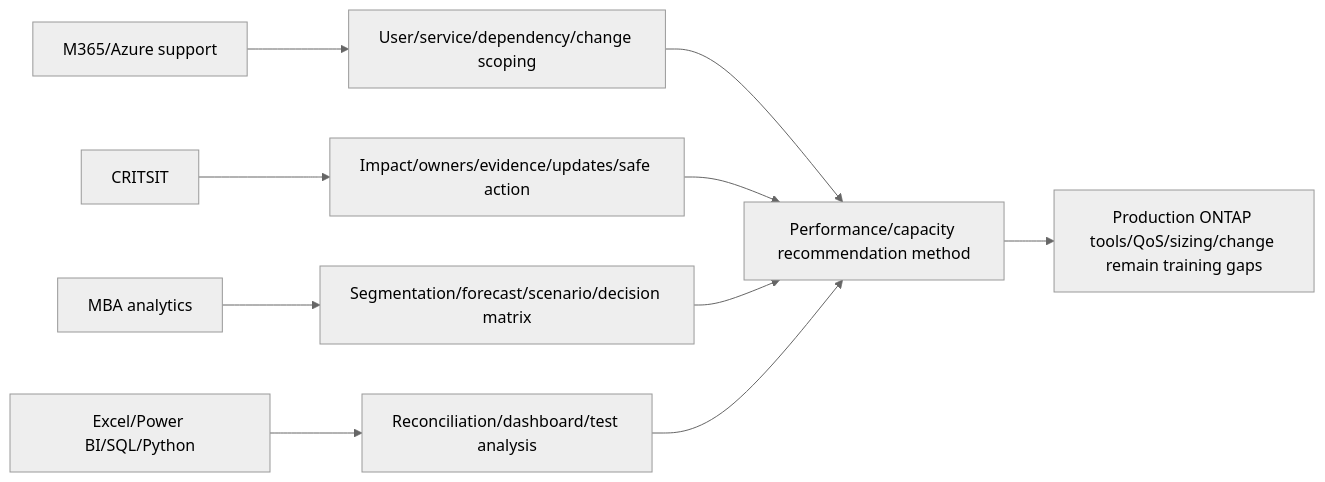
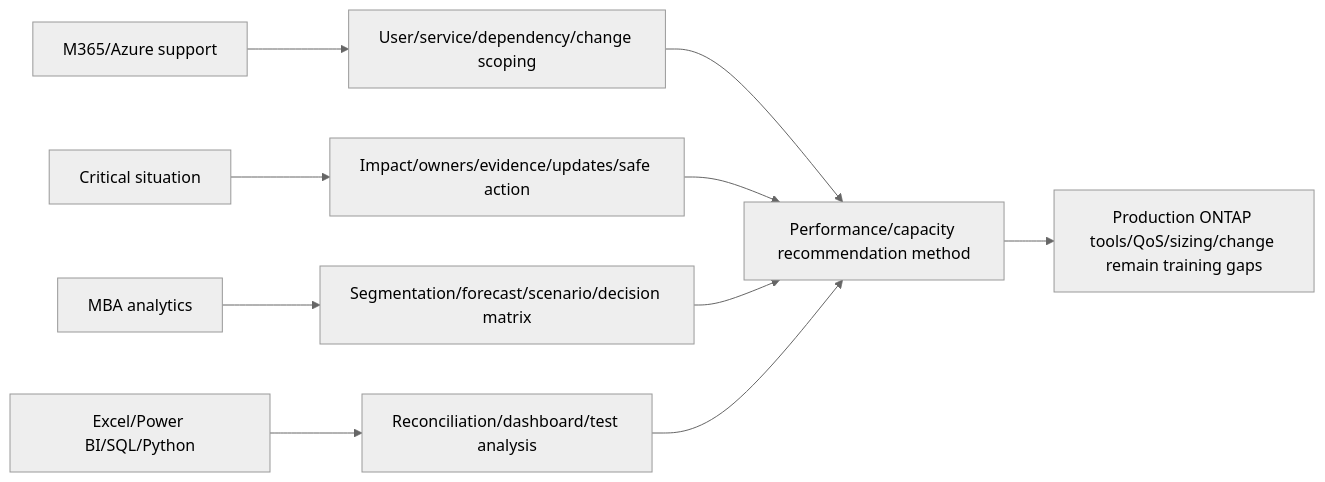
Diagram 26 of 27 in NetApp TAM/prep/Part-46-performance-capacity-case-studies.md (hichauhan-in/Interview-Prep), drawn with Mermaid (neutral theme) before and after one commit. The commit also changed other lines of this file and 493 other files, not shown here.

````diff
--- a/NetApp TAM/prep/Part-46-performance-capacity-case-studies.md
+++ b/NetApp TAM/prep/Part-46-performance-capacity-case-studies.md
@@ -883,12 +883,12 @@
 ```mermaid
 flowchart LR
     M365[M365/Azure support] --> DEP[User/service/dependency/change scoping]
-    CRIT[CRITSIT] --> INC[Impact/owners/evidence/updates/safe action]
+    CRIT[Critical situation] --> INC[Impact/owners/evidence/updates/safe action]
     MBA[MBA analytics] --> ANA[Segmentation/forecast/scenario/decision matrix]
     TOOL[Excel/Power BI/SQL/Python] --> QA[Reconciliation/dashboard/test analysis]
     DEP --> METHOD[Performance/capacity recommendation method]
     INC --> METHOD
     ANA --> METHOD
     QA --> METHOD
     METHOD --> GAP[Production ONTAP tools/QoS/sizing/change remain training gaps]
 ```
````
